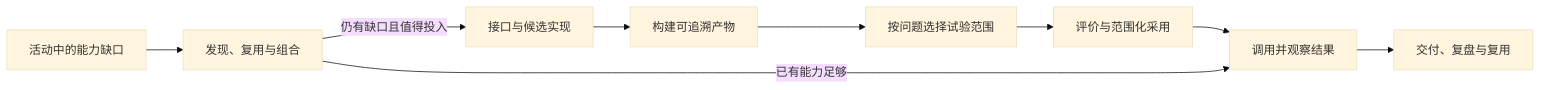
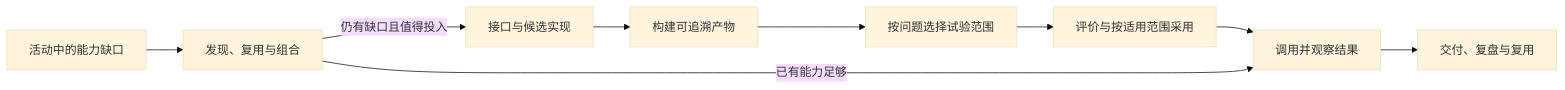
Diagram 11 of 13 in DESIGN.md (d7z-project/TinyAGI), drawn with Mermaid (base theme) before and after one commit. The commit also changed other lines of this file and 51 other files, not shown here.

````diff
--- a/DESIGN.md
+++ b/DESIGN.md
@@ -809,11 +786,11 @@
 ```mermaid
 flowchart LR
     Need["活动中的能力缺口"] --> Reuse["发现、复用与组合"]
     Reuse -->|"仍有缺口且值得投入"| Candidate["接口与候选实现"]
     Candidate --> Build["构建可追溯产物"]
     Build --> Trial["按问题选择试验范围"]
-    Trial --> Adopt["评价与范围化采用"]
+    Trial --> Adopt["评价与按适用范围采用"]
     Adopt --> Use["调用并观察结果"]
     Reuse -->|"已有能力足够"| Use
     Use --> Review["交付、复盘与复用"]
 ```
````
